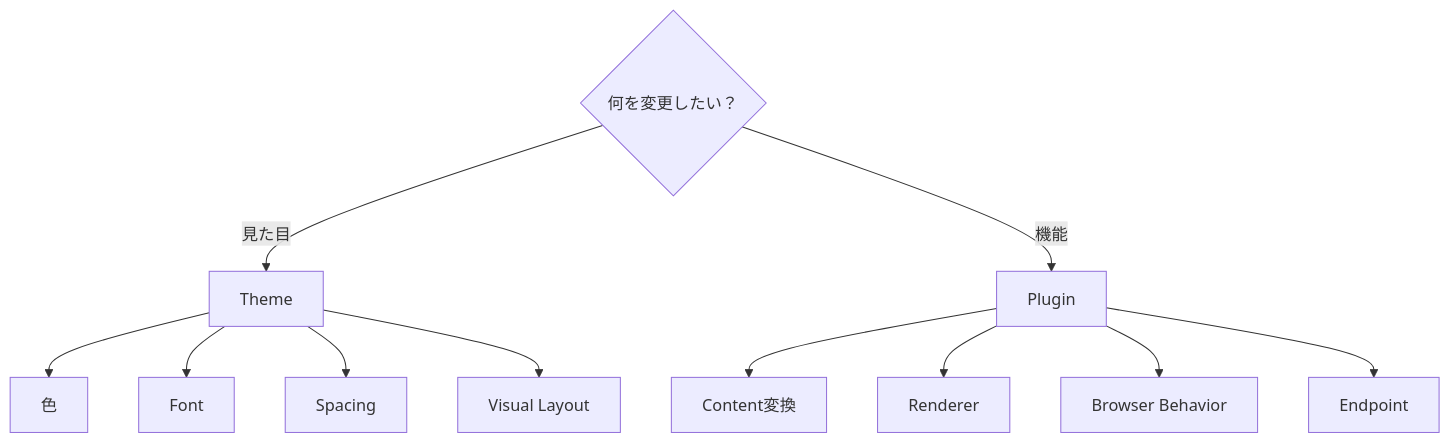
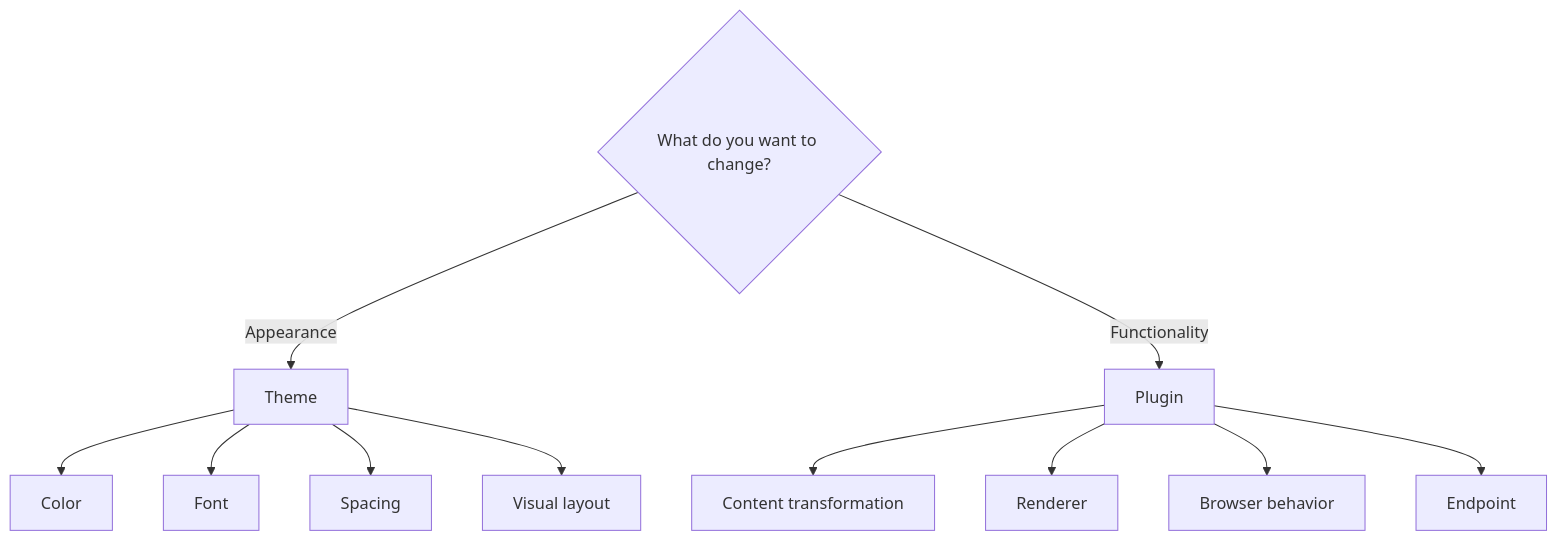
The second of 10 diagrams in docs/docs/reference/theme-api.md (Rerurate514/riebeckite), drawn with Mermaid before and after one commit. The commit also changed other lines of this file and 604 other files, not shown here.

````diff
--- a/docs/docs/reference/theme-api.md
+++ b/docs/docs/reference/theme-api.md
@@ -46,17 +32,17 @@
-```mermaid id="8e1m3z"
+```mermaid
 flowchart TD
-    Q{"何を変更したい？"}
+    Q{"What do you want to change?"}
 
-    Q -->|"見た目"| Theme["Theme"]
-    Q -->|"機能"| Plugin["Plugin"]
+    Q -->|"Appearance"| Theme["Theme"]
+    Q -->|"Functionality"| Plugin["Plugin"]
 
-    Theme --> T1["色"]
+    Theme --> T1["Color"]
     Theme --> T2["Font"]
     Theme --> T3["Spacing"]
-    Theme --> T4["Visual Layout"]
+    Theme --> T4["Visual layout"]
 
-    Plugin --> P1["Content変換"]
+    Plugin --> P1["Content transformation"]
     Plugin --> P2["Renderer"]
-    Plugin --> P3["Browser Behavior"]
+    Plugin --> P3["Browser behavior"]
     Plugin --> P4["Endpoint"]
 ```
````
